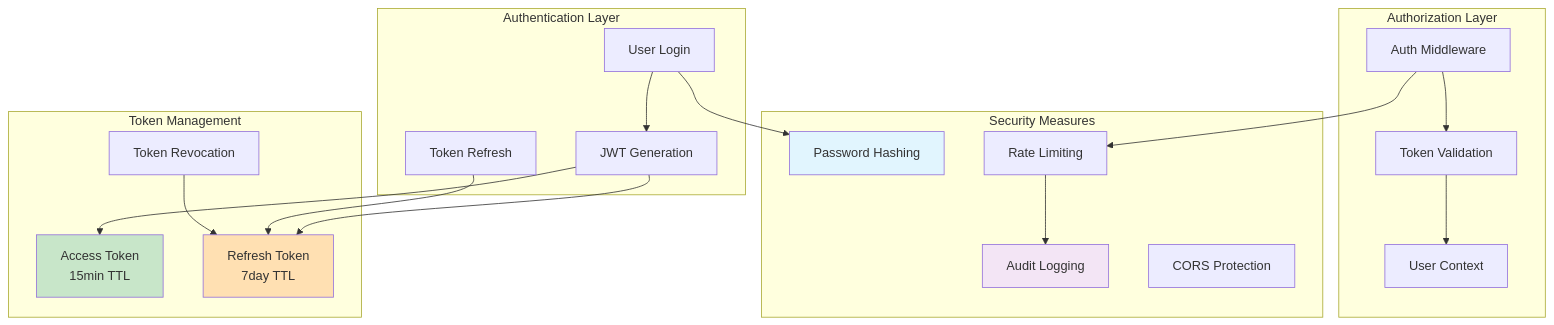
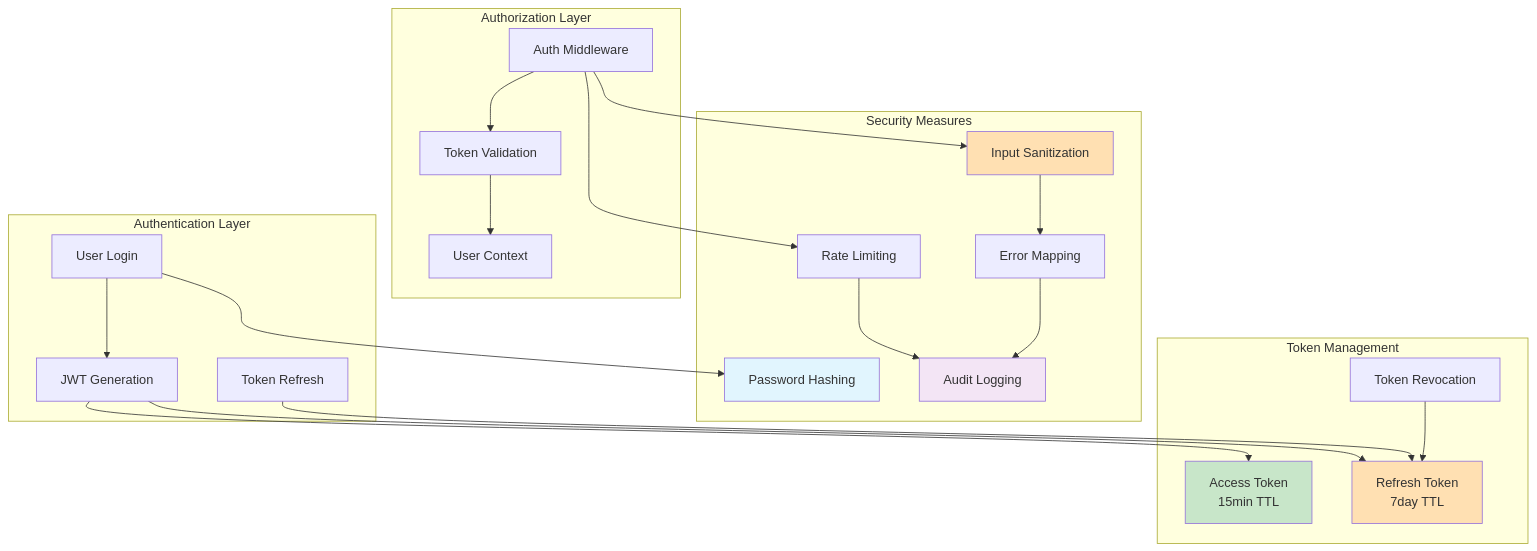
One commit to radek-zitek-cloud/pully-theta changed diagram 17 of 27 in code/go-auth/auth-service/docs/ARCHITECTURE.md. Above: the diagram before and after it, drawn with Mermaid. The commit also changed other lines of this file, not shown here.

Commit message:
feat(docs): Update architecture documentation to enhance input sanitization section and add testing architecture details

````diff
--- a/code/go-auth/auth-service/docs/ARCHITECTURE.md
+++ b/code/go-auth/auth-service/docs/ARCHITECTURE.md
@@ -648,46 +864,52 @@
 ```mermaid
 graph TD
     subgraph "Authentication Layer"
         LOGIN[User Login]
         JWT_GEN[JWT Generation]
         REFRESH[Token Refresh]
     end
     
     subgraph "Authorization Layer"
         MW_AUTH[Auth Middleware]
         TOKEN_VAL[Token Validation]
         USER_CTX[User Context]
     end
     
     subgraph "Security Measures"
         HASH[Password Hashing]
         RATE[Rate Limiting]
         AUDIT[Audit Logging]
-        CORS[CORS Protection]
+        SANITIZE[Input Sanitization]
+        ERROR_MAP[Error Mapping]
     end
     
     subgraph "Token Management"
         ACCESS[Access Token<br/>15min TTL]
         REFRESH_T[Refresh Token<br/>7day TTL]
         REVOKE[Token Revocation]
     end
     
     LOGIN --> HASH
     LOGIN --> JWT_GEN
     JWT_GEN --> ACCESS
     JWT_GEN --> REFRESH_T
     
     MW_AUTH --> TOKEN_VAL
     TOKEN_VAL --> USER_CTX
     
     RATE --> AUDIT
     MW_AUTH --> RATE
+    MW_AUTH --> SANITIZE
     
     REFRESH --> REFRESH_T
     REVOKE --> REFRESH_T
+    
+    SANITIZE --> ERROR_MAP
+    ERROR_MAP --> AUDIT
     
     style ACCESS fill:#C8E6C9
     style REFRESH_T fill:#FFE0B2
     style HASH fill:#E1F5FE
     style AUDIT fill:#F3E5F5
+    style SANITIZE fill:#FFE0B2
 ```
````
